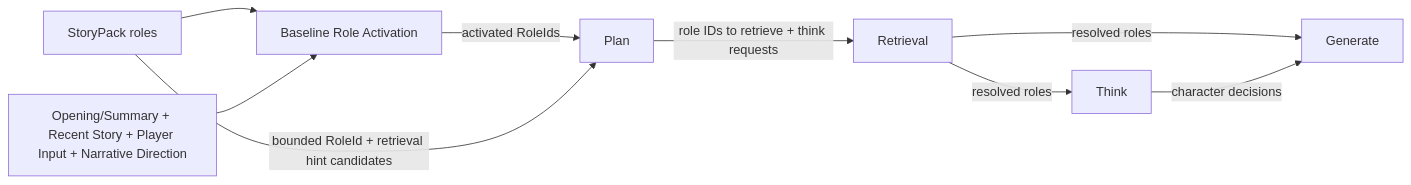
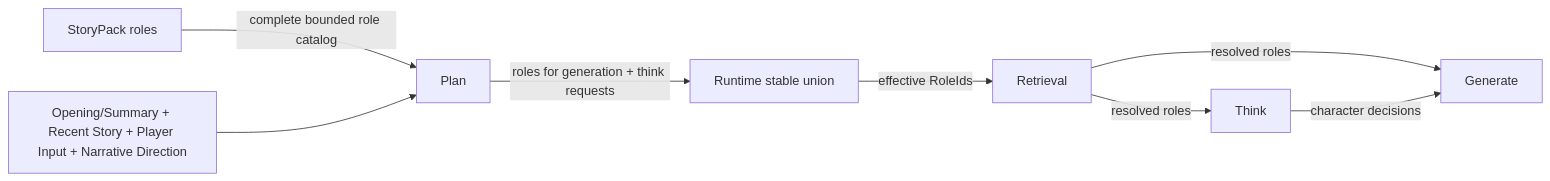
The diagram in doc/design/2026-10-14-character-think-pipeline-design-gpt.md (falconcali/aise), drawn with Mermaid before and after one commit. The commit also changed other lines of this file and 30 other files, not shown here.

First line of the commit message:
Add bounded role catalog and plan role selection

````diff
--- a/doc/design/2026-10-14-character-think-pipeline-design-gpt.md
+++ b/doc/design/2026-10-14-character-think-pipeline-design-gpt.md
@@ -95,11 +98,10 @@
 ```mermaid
 flowchart LR
-    SP["StoryPack roles"] --> BA["Baseline Role Activation"]
-    CTX["Opening/Summary + Recent Story + Player Input + Narrative Direction"] --> BA
-    BA -->|activated RoleIds| P["Plan"]
-    SP -->|bounded RoleId + retrieval hint candidates| P
-    P -->|role IDs to retrieve + think requests| R["Retrieval"]
+    SP["StoryPack roles"] -->|complete bounded role catalog| P["Plan"]
+    CTX["Opening/Summary + Recent Story + Player Input + Narrative Direction"] --> P
+    P -->|roles for generation + think requests| U["Runtime stable union"]
+    U -->|effective RoleIds| R["Retrieval"]
     R -->|resolved roles| T["Think"]
     R -->|resolved roles| G["Generate"]
     T -->|character decisions| G
 ```
````
